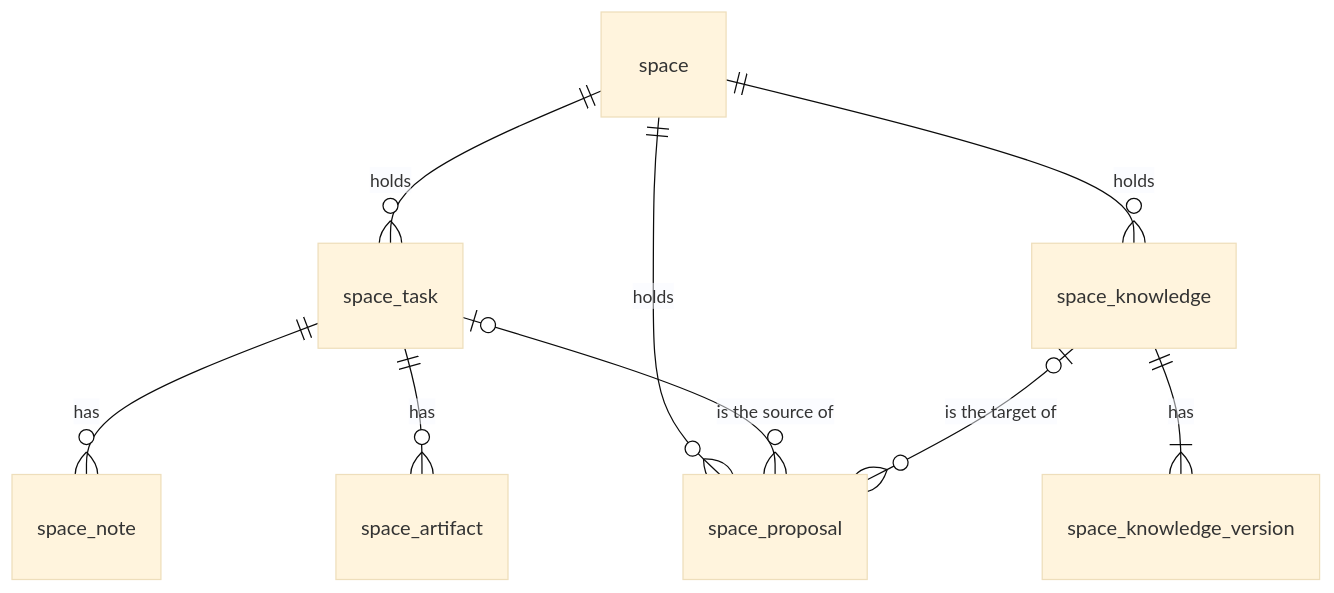
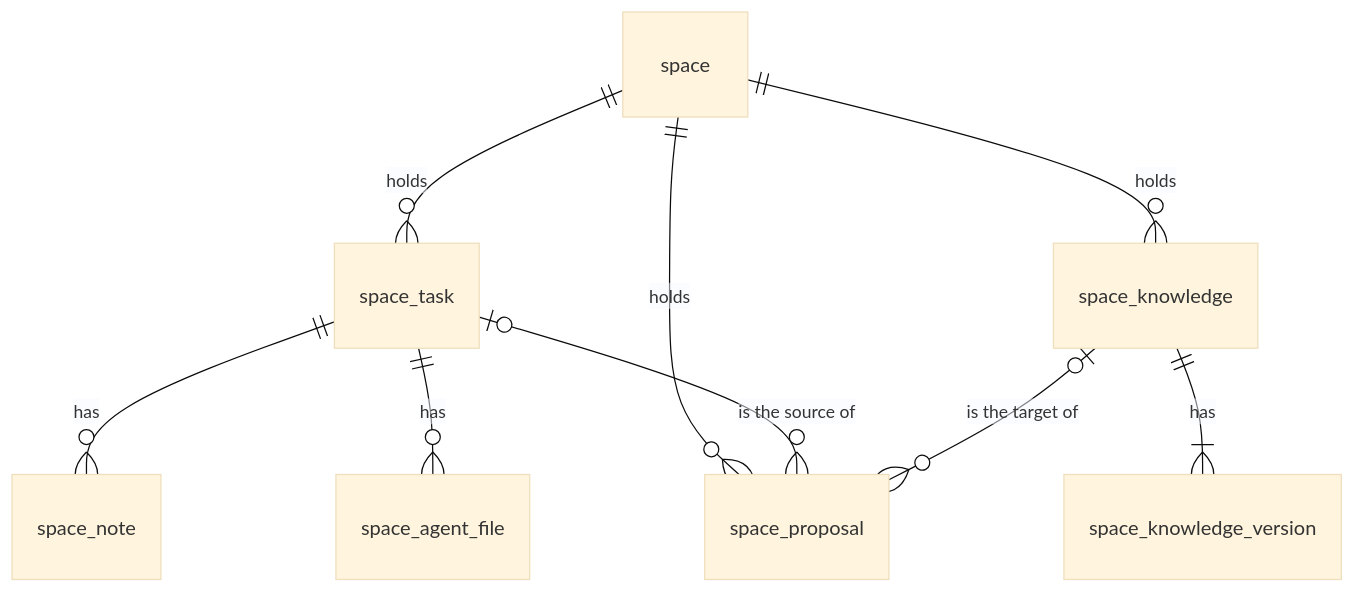
One commit to lorebayai/lorebay changed the diagram in lib/docs/architecture/data-model.md. Above: the diagram before and after it, drawn with Mermaid (base theme). The commit also changed other lines of this file and 88 other files, not shown here.

````diff
--- a/lib/docs/architecture/data-model.md
+++ b/lib/docs/architecture/data-model.md
@@ -93,11 +93,11 @@
 ```mermaid
 erDiagram
     space ||--o{ space_task : "holds"
     space ||--o{ space_knowledge : "holds"
     space ||--o{ space_proposal : "holds"
     space_task ||--o{ space_note : "has"
-    space_task ||--o{ space_artifact : "has"
+    space_task ||--o{ space_agent_file : "has"
     space_task |o--o{ space_proposal : "is the source of"
     space_knowledge ||--|{ space_knowledge_version : "has"
     space_knowledge |o--o{ space_proposal : "is the target of"
 ```
````
